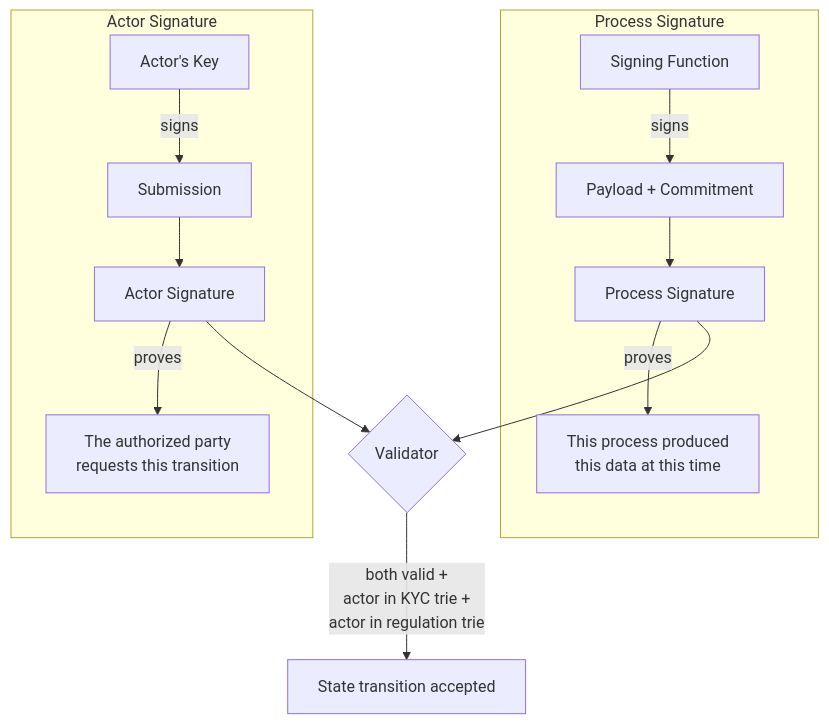
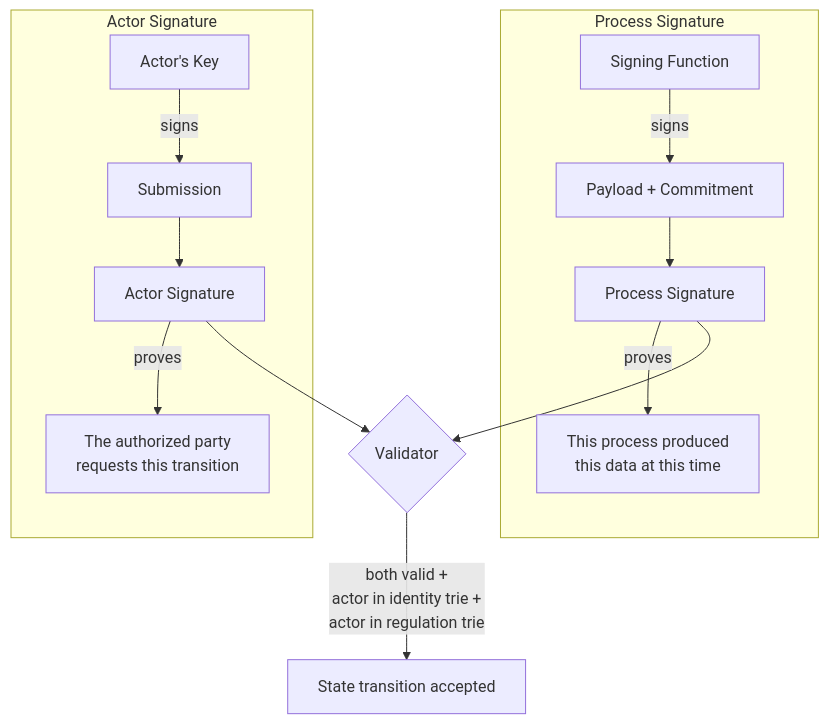
One commit to lambdasistemi/cardano-for-regulators changed diagram 13 of 19 in docs/framework/schema.md. Above: the diagram before and after it, drawn with Mermaid. The commit also changed other lines of this file and 1 other file, not shown here.

Commit message:
rename KYC provider to identity provider throughout

````diff
--- a/docs/framework/schema.md
+++ b/docs/framework/schema.md
@@ -466,18 +466,18 @@
 ```mermaid
 graph TD
     subgraph Process Signature
         SF[Signing Function] -->|signs| PL[Payload + Commitment]
         PL --> PS[Process Signature]
         PS -->|proves| ID[This process produced<br/>this data at this time]
     end
 
     subgraph Actor Signature
         AK[Actor's Key] -->|signs| SUB[Submission]
         SUB --> AS[Actor Signature]
         AS -->|proves| AUTH[The authorized party<br/>requests this transition]
     end
 
     PS --> V{Validator}
     AS --> V
-    V -->|both valid +<br/>actor in KYC trie +<br/>actor in regulation trie| OK[State transition accepted]
+    V -->|both valid +<br/>actor in identity trie +<br/>actor in regulation trie| OK[State transition accepted]
 ```
````
